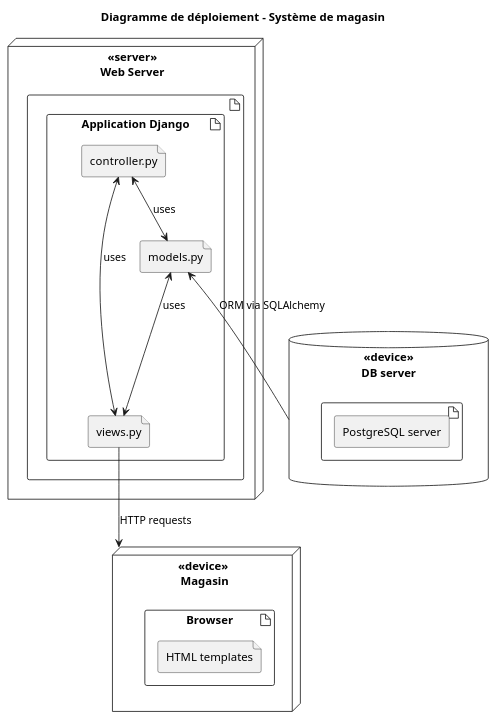
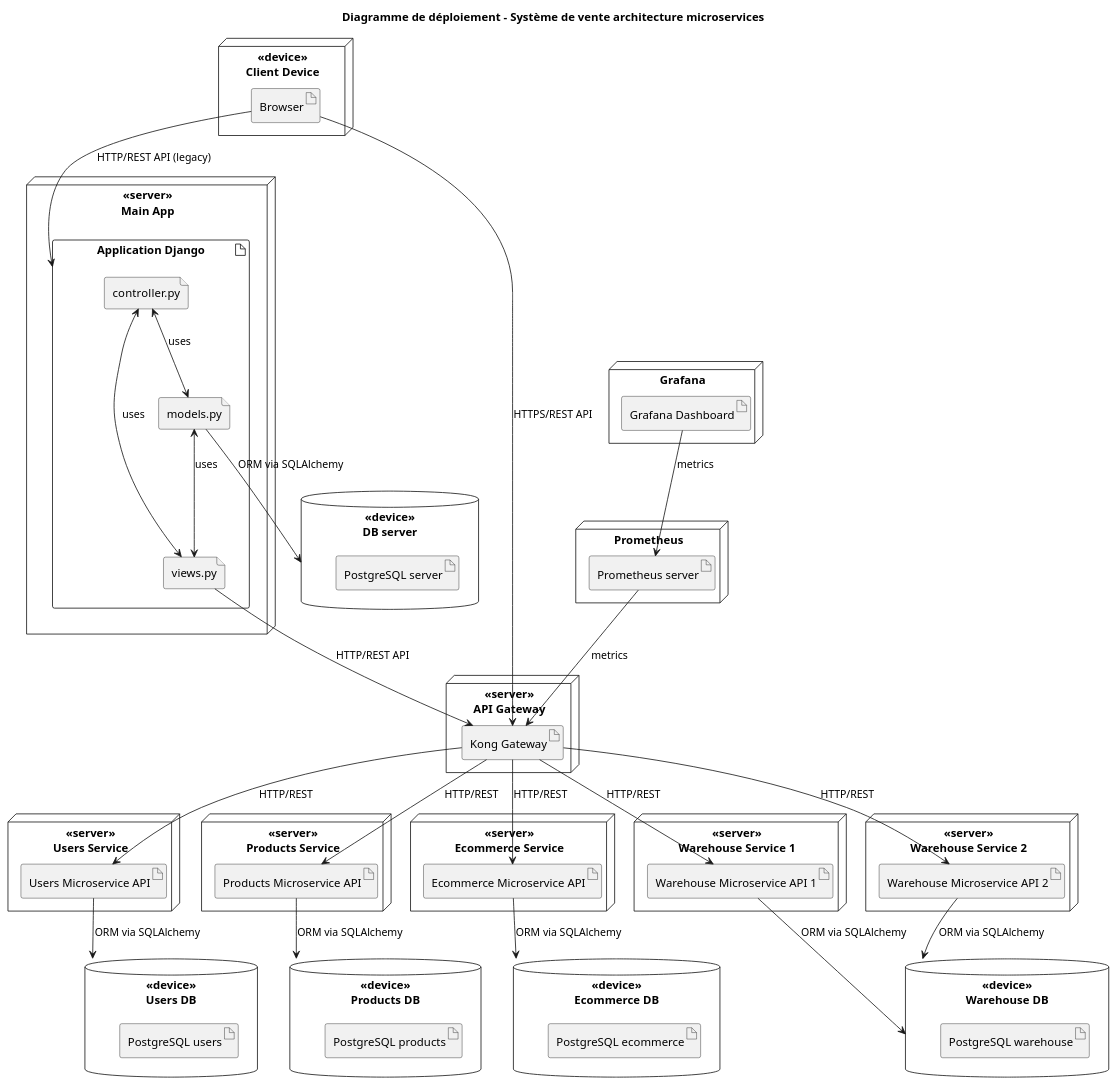
One commit to LojanArunasalam/LOG430-Lab5 changed the diagram in docs/diagrams/deployment_diagram.puml. Above: the diagram before and after it, drawn with PlantUML. The commit also changed 14 other files, not shown here.

```diff
--- a/docs/diagrams/deployment_diagram.puml
+++ b/docs/diagrams/deployment_diagram.puml
@@ -1,32 +1,93 @@
 @startuml  
 top to bottom direction
-title Diagramme de déploiement - Système de magasin
-node "<<server>>\nWeb Server" { 
-    artifact { 
-        artifact "Application Django" { 
-            file "controller.py"
-            file "models.py"
-            file "views.py"
-        }
-    } 
-}
+title Diagramme de déploiement - Système de vente architecture microservices
 
-node "<<device>>\n Magasin" { 
-    artifact "Browser" { 
-        file "HTML templates"
+node "<<device>>\nClient Device" {
+    artifact "Browser" {
     }
 }
 
-database "<<device>>\nDB server" { 
-    artifact { 
-        agent "PostgreSQL server"
+node "<<server>>\nMain App" { 
+    artifact "Application Django" { 
+        file "controller.py"
+        file "models.py"
+        file "views.py"
     }
 }
 
+node "Prometheus" {
+    artifact "Prometheus server" 
+}
+
+node "Grafana" { 
+    artifact "Grafana Dashboard"
+}
+
+node "<<server>>\nAPI Gateway" {
+    artifact "Kong Gateway" 
+}
+
+node "<<server>>\nUsers Service" {
+    artifact "Users Microservice API" 
+}
+
+node "<<server>>\nProducts Service" {
+    artifact "Products Microservice API"
+}
+
+node "<<server>>\nEcommerce Service" {
+    artifact "Ecommerce Microservice API" 
+}
+
+node "<<server>>\nWarehouse Service 1" {
+    artifact "Warehouse Microservice API 1" 
+}
+
+node "<<server>>\nWarehouse Service 2" {
+    artifact "Warehouse Microservice API 2" 
+}
+
+database "<<device>>\nUsers DB" {
+    artifact "PostgreSQL users"
+}
+
+database "<<device>>\nProducts DB" { 
+    artifact "PostgreSQL products"
+}
+
+database "<<device>>\nEcommerce DB" {
+    artifact "PostgreSQL ecommerce"
+}
+
+database "<<device>>\nWarehouse DB" {
+    artifact "PostgreSQL warehouse"
+}
+
+database "<<device>>\nDB server" { 
+    artifact "PostgreSQL server"
+}
+
+"Browser" --> "Kong Gateway" : HTTPS/REST API
+"Browser" --> "Application Django" : HTTP/REST API (legacy)
+
+"Grafana Dashboard" --> "Prometheus server" : metrics
+"Prometheus server" --> "Kong Gateway" : metrics
+
+"Kong Gateway" --> "Users Microservice API" : HTTP/REST
+"Kong Gateway" --> "Products Microservice API" : HTTP/REST
+"Kong Gateway" --> "Ecommerce Microservice API" : HTTP/REST
+"Kong Gateway" --> "Warehouse Microservice API 1" : HTTP/REST
+"Kong Gateway" --> "Warehouse Microservice API 2" : HTTP/REST
+
+"Users Microservice API" --> "<<device>>\nUsers DB" : ORM via SQLAlchemy
+"Products Microservice API" --> "<<device>>\nProducts DB" : ORM via SQLAlchemy
+"Ecommerce Microservice API" --> "<<device>>\nEcommerce DB" : ORM via SQLAlchemy
+"Warehouse Microservice API 1" --> "<<device>>\nWarehouse DB" : ORM via SQLAlchemy
+"Warehouse Microservice API 2" --> "<<device>>\nWarehouse DB" : ORM via SQLAlchemy
 
 "controller.py" <--> "models.py" : uses
-"models.py" <-- "<<device>>\nDB server" : ORM via SQLAlchemy
+"models.py" --> "<<device>>\nDB server" : ORM via SQLAlchemy
 "controller.py" <--> "views.py" : uses
 "models.py" <--> "views.py" : uses
-"views.py" --> "<<device>>\n Magasin" : HTTP requests
-@enduml 
+"views.py"  --> "Kong Gateway" : HTTP/REST API
+@enduml
```
